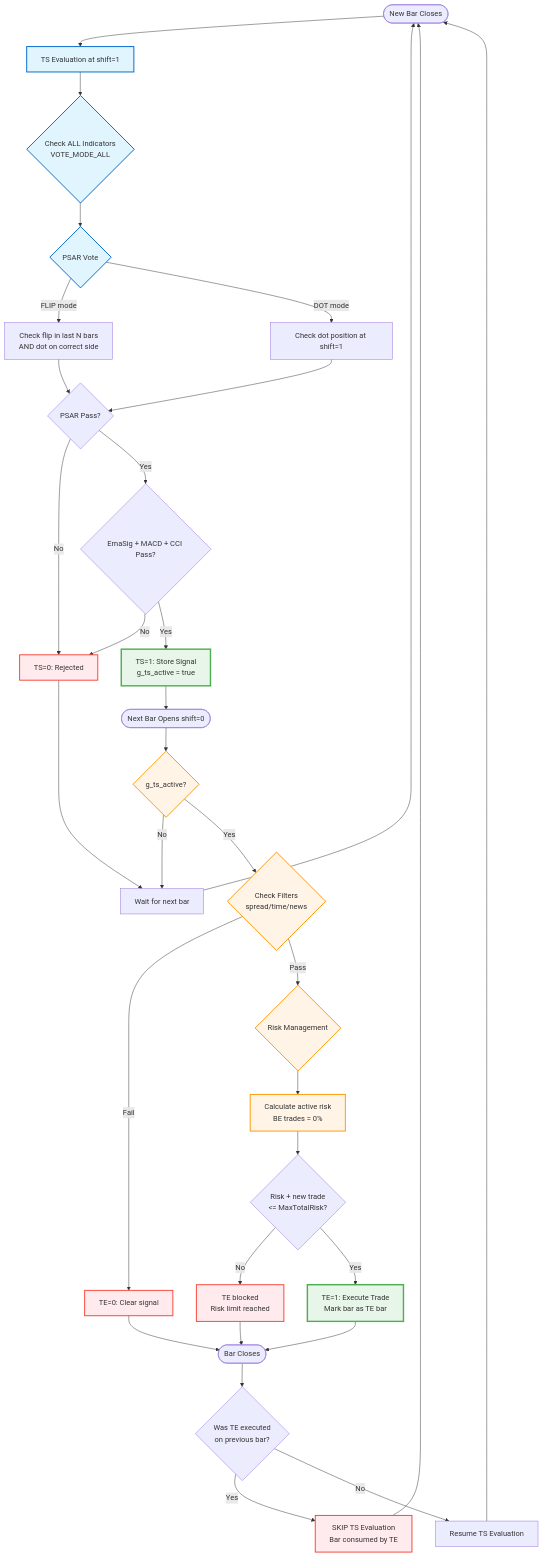
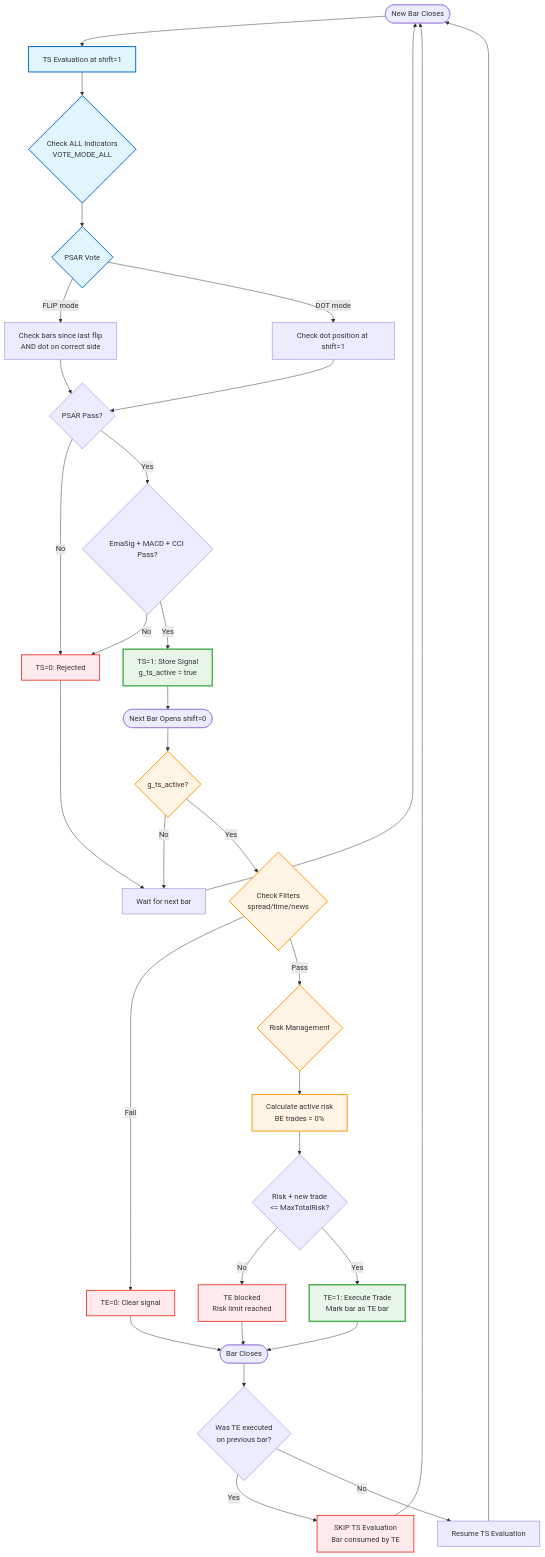
The sixth of 7 diagrams in Readme/README_SYSTEM.md (msmaciej/RRM_SEA), drawn with Mermaid before and after one commit. The commit also changed other lines of this file and 5 other files, not shown here.

````diff
--- a/Readme/README_SYSTEM.md
+++ b/Readme/README_SYSTEM.md
@@ -613,57 +613,57 @@
 ```mermaid
 flowchart TD
     Start([New Bar Closes]) --> TSEval[TS Evaluation at shift=1]
 
     TSEval --> CheckIndicators{Check ALL Indicators\nVOTE_MODE_ALL}
 
     CheckIndicators --> PSARCheck{PSAR Vote}
-    PSARCheck -->|FLIP mode| PSARFlip[Check flip in last N bars\nAND dot on correct side]
+    PSARCheck -->|FLIP mode| PSARFlip[Check bars since last flip\nAND dot on correct side]
     PSARCheck -->|DOT mode| PSARDot[Check dot position at shift=1]
 
     PSARFlip --> PSARResult{PSAR Pass?}
     PSARDot --> PSARResult
 
     PSARResult -->|No| TSFail[TS=0: Rejected]
     PSARResult -->|Yes| CheckOtherInd{EmaSig + MACD + CCI Pass?}
 
     CheckOtherInd -->|No| TSFail
     CheckOtherInd -->|Yes| TSPass[TS=1: Store Signal\ng_ts_active = true]
 
     TSPass --> BarOpen([Next Bar Opens shift=0])
 
     BarOpen --> TECheck{g_ts_active?}
     TECheck -->|No| Wait1[Wait for next bar]
     TECheck -->|Yes| TEFilters{Check Filters\nspread/time/news}
 
     TEFilters -->|Fail| TEReject[TE=0: Clear signal]
     TEFilters -->|Pass| RiskCheck{Risk Management}
 
     RiskCheck --> CalcRisk[Calculate active risk\nBE trades = 0%]
     CalcRisk --> RiskOK{Risk + new trade\n<= MaxTotalRisk?}
 
     RiskOK -->|No| RiskBlock[TE blocked\nRisk limit reached]
     RiskOK -->|Yes| TEExecute[TE=1: Execute Trade\nMark bar as TE bar]
 
     TEExecute --> BarClose([Bar Closes])
     TEReject --> BarClose
     RiskBlock --> BarClose
 
     BarClose --> CheckSkip{Was TE executed\non previous bar?}
     CheckSkip -->|Yes| SkipTS[SKIP TS Evaluation\nBar consumed by TE]
     CheckSkip -->|No| NormalTS[Resume TS Evaluation]
 
     SkipTS --> Start
     NormalTS --> Start
     TSFail --> Wait1
     Wait1 --> Start
 
     classDef tsNode fill:#e1f5ff,stroke:#0066cc,stroke-width:2px
     classDef teNode fill:#fff4e6,stroke:#ff9800,stroke-width:2px
     classDef skipNode fill:#ffebee,stroke:#f44336,stroke-width:2px
     classDef execNode fill:#e8f5e9,stroke:#4caf50,stroke-width:3px
 
     class TSEval,CheckIndicators,PSARCheck tsNode
     class TECheck,TEFilters,RiskCheck,CalcRisk teNode
     class SkipTS,TSFail,TEReject,RiskBlock skipNode
     class TSPass,TEExecute execNode
 ```
````
